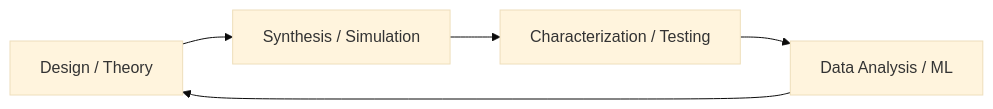
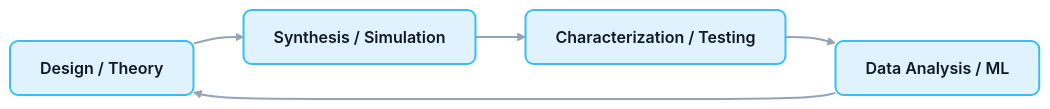
One commit to ECLIPSE-Lab/public_presentations changed the first of 3 diagrams in materials_genomics/01_intro/01_intro.qmd. Above: the diagram before and after it, drawn with Mermaid (base theme). The commit also changed other lines of this file and 2 other files, not shown here.

````diff
--- a/materials_genomics/01_intro/01_intro.qmd
+++ b/materials_genomics/01_intro/01_intro.qmd
@@ -49,7 +49,14 @@
 ```{mermaid}
+%%| echo: false
+%%| fig-align: center
 graph LR
-    A[Design / Theory] --> B[Synthesis / Simulation]
-    B --> C[Characterization / Testing]
-    C --> D[Data Analysis / ML]
+    %% Styling
+    classDef default fill:#f8fafc,stroke:#cbd5e1,stroke-width:2px,color:#334155,rx:8px,ry:8px,font-family:Inter;
+    classDef accent fill:#e0f2fe,stroke:#38bdf8,stroke-width:2px,color:#0f172a,rx:8px,ry:8px,font-family:Inter,font-weight:600;
+    linkStyle default stroke:#94a3b8,stroke-width:2px;
+
+    A[Design / Theory]:::accent --> B[Synthesis / Simulation]:::accent
+    B --> C[Characterization / Testing]:::accent
+    C --> D[Data Analysis / ML]:::accent
     D --> A
 ```
````
